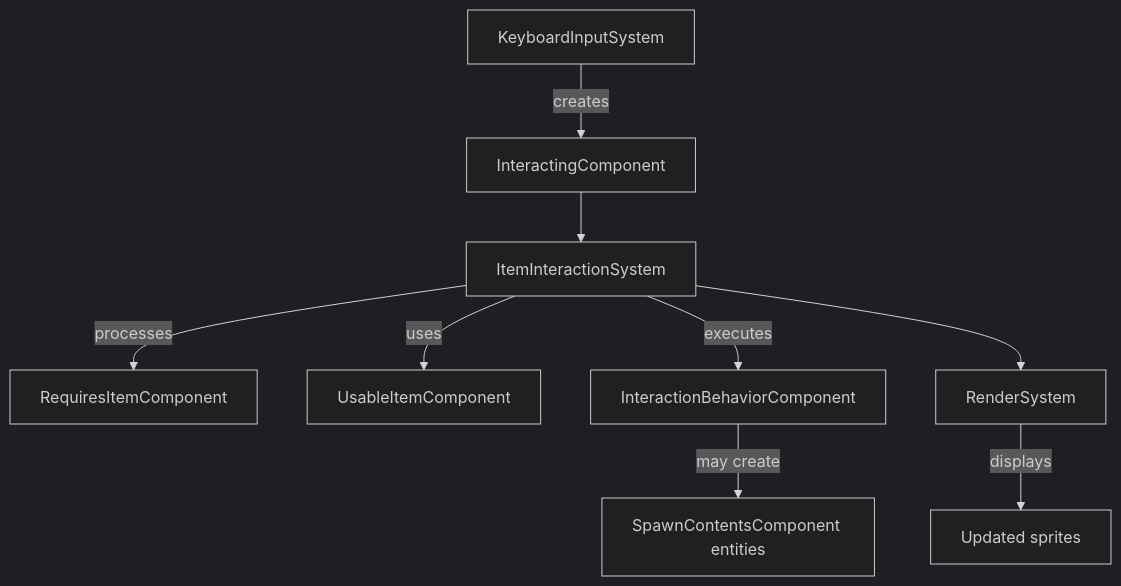
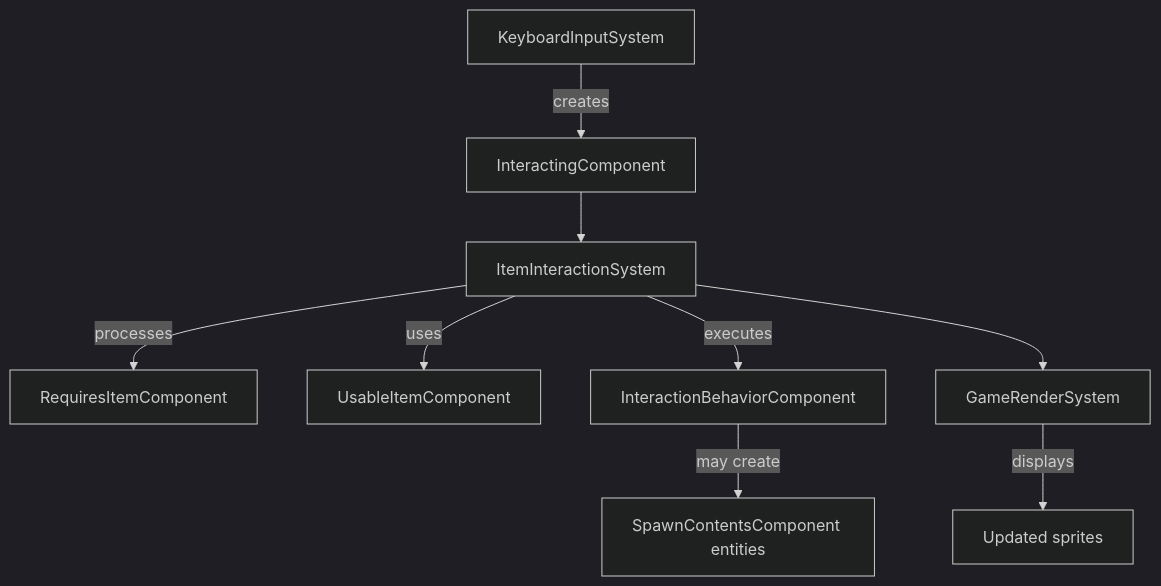
The diagram in docs/development/ecs-architecture.md (cryosis7/UntitleGame), drawn with Mermaid (dark theme) before and after one commit. The commit also changed other lines of this file and 135 other files, not shown here.

````diff
--- a/docs/development/ecs-architecture.md
+++ b/docs/development/ecs-architecture.md
@@ -282,11 +286,11 @@
 ```mermaid
 graph TD
     A[KeyboardInputSystem] -->|creates| B[InteractingComponent]
     B --> C[ItemInteractionSystem]
     C -->|processes| D[RequiresItemComponent]
     C -->|uses| E[UsableItemComponent]
     C -->|executes| F[InteractionBehaviorComponent]
     F -->|may create| G[SpawnContentsComponent entities]
-    C --> H[RenderSystem]
+    C --> H[GameRenderSystem]
     H -->|displays| I[Updated sprites]
 ```
````
